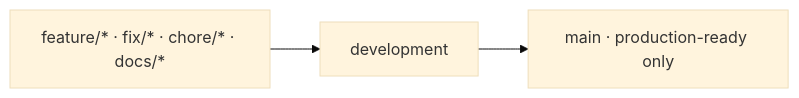
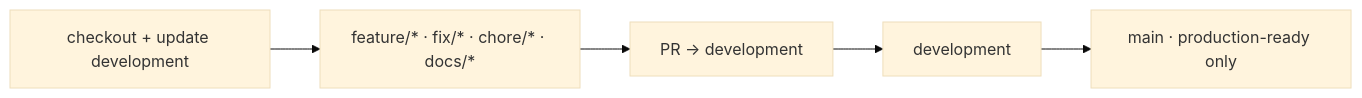
One commit to toxicoder/ez-comfy-stack changed the first of 3 diagrams in AGENTS.md. Above: the diagram before and after it, drawn with Mermaid (base theme). The commit also changed other lines of this file and 14 other files, not shown here.

````diff
--- a/AGENTS.md
+++ b/AGENTS.md
@@ -18,5 +30,7 @@
 ```mermaid
 flowchart LR
-  Feat["feature/* · fix/* · chore/* · docs/*"] --> Dev["development"]
+  Base["checkout + update development"] --> Topic["feature/* · fix/* · chore/* · docs/*"]
+  Topic --> PR["PR → development"]
+  PR --> Dev["development"]
   Dev --> Main["main · production-ready only"]
 ```
````
